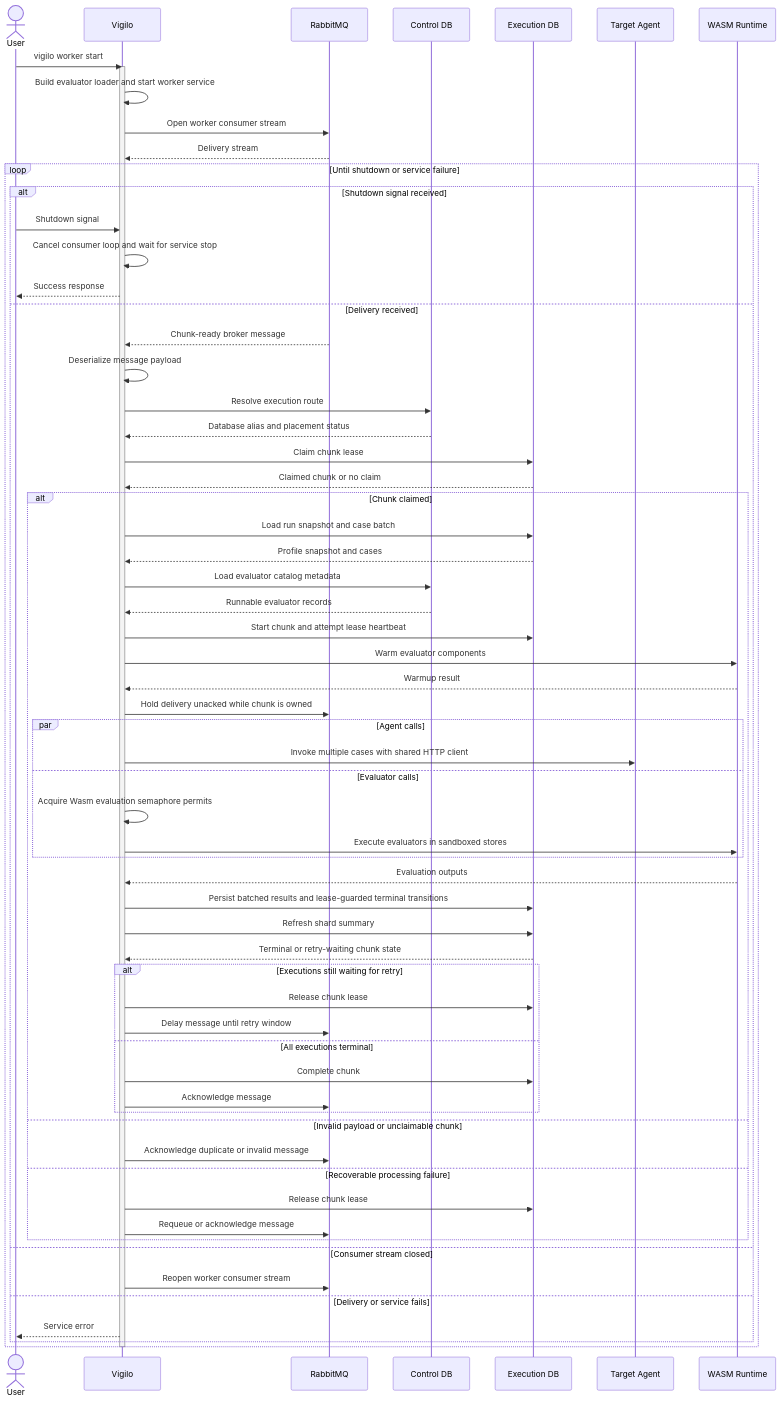
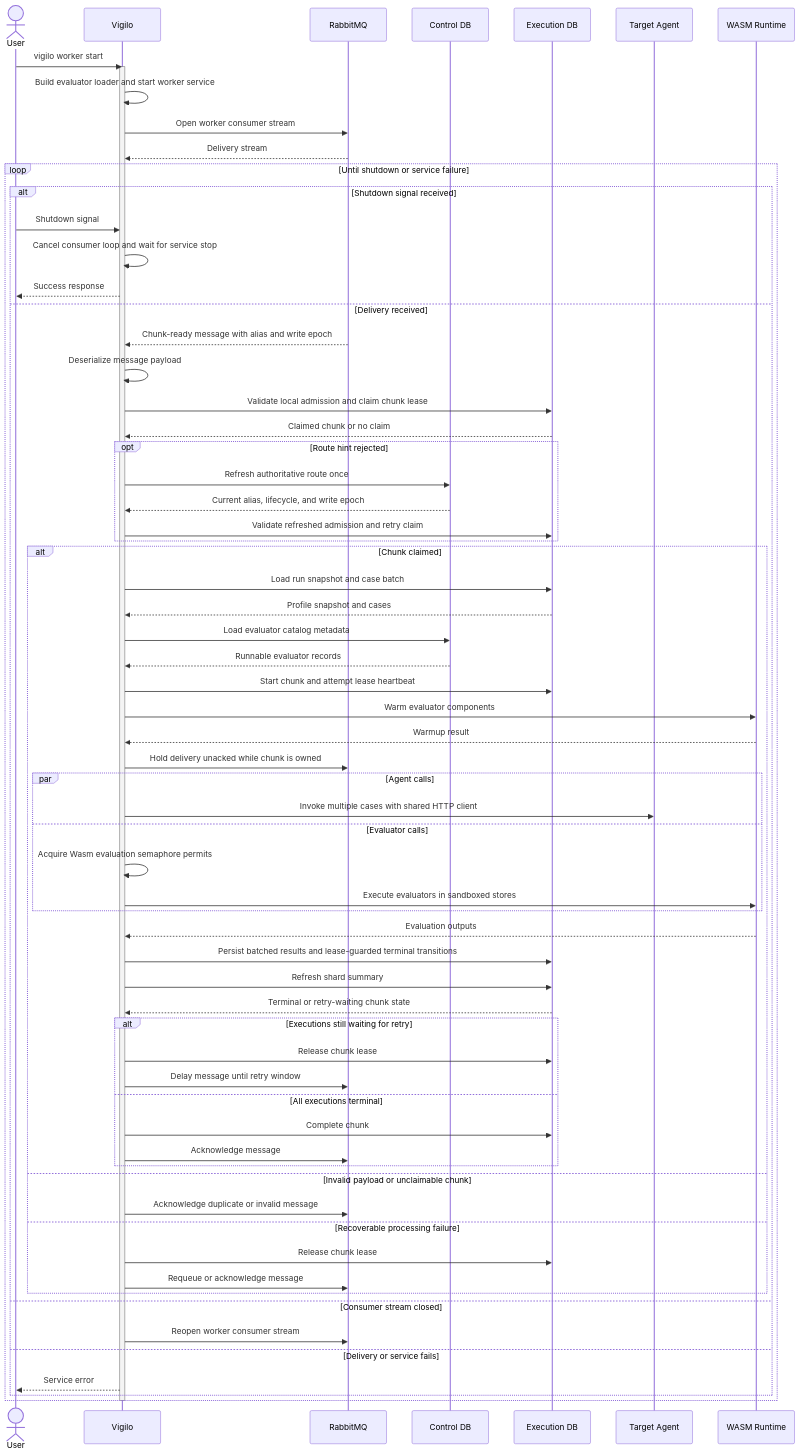
Before and after one commit to gregl83/agent-vigilo: the diagram in web/docs/architecture/flows/worker/start/execution-flow.mmd, drawn with Mermaid. The commit also changed 31 other files, not shown here.

```diff
--- a/web/docs/architecture/flows/worker/start/execution-flow.mmd
+++ b/web/docs/architecture/flows/worker/start/execution-flow.mmd
@@ -1,75 +1,79 @@
 ---
 config:
   flowchart:
     nodeSpacing: 150
     rankSpacing: 80
   themeVariables:
     edgeLabelBackground: 'transparent'
 ---
 sequenceDiagram
     actor User
     participant Vigilo
     participant Queue as RabbitMQ
     participant ControlDB as Control DB
     participant ExecutionDB as Execution DB
     participant Agent as Target Agent
     participant WASM as WASM Runtime
 
     User->>Vigilo: vigilo worker start
     activate Vigilo
     Vigilo->>Vigilo: Build evaluator loader and start worker service
     Vigilo->>Queue: Open worker consumer stream
     Queue-->>Vigilo: Delivery stream
 
     loop Until shutdown or service failure
         alt Shutdown signal received
             User->>Vigilo: Shutdown signal
             Vigilo->>Vigilo: Cancel consumer loop and wait for service stop
             Vigilo-->>User: Success response
         else Delivery received
-            Queue-->>Vigilo: Chunk-ready broker message
+            Queue-->>Vigilo: Chunk-ready message with alias and write epoch
             Vigilo->>Vigilo: Deserialize message payload
-            Vigilo->>ControlDB: Resolve execution route
-            ControlDB-->>Vigilo: Database alias and placement status
-            Vigilo->>ExecutionDB: Claim chunk lease
+            Vigilo->>ExecutionDB: Validate local admission and claim chunk lease
             ExecutionDB-->>Vigilo: Claimed chunk or no claim
+
+            opt Route hint rejected
+                Vigilo->>ControlDB: Refresh authoritative route once
+                ControlDB-->>Vigilo: Current alias, lifecycle, and write epoch
+                Vigilo->>ExecutionDB: Validate refreshed admission and retry claim
+            end
 
             alt Chunk claimed
                 Vigilo->>ExecutionDB: Load run snapshot and case batch
                 ExecutionDB-->>Vigilo: Profile snapshot and cases
                 Vigilo->>ControlDB: Load evaluator catalog metadata
                 ControlDB-->>Vigilo: Runnable evaluator records
                 Vigilo->>ExecutionDB: Start chunk and attempt lease heartbeat
                 Vigilo->>WASM: Warm evaluator components
                 WASM-->>Vigilo: Warmup result
                 Vigilo->>Queue: Hold delivery unacked while chunk is owned
                 par Agent calls
                     Vigilo->>Agent: Invoke multiple cases with shared HTTP client
                 and Evaluator calls
                     Vigilo->>Vigilo: Acquire Wasm evaluation semaphore permits
                     Vigilo->>WASM: Execute evaluators in sandboxed stores
                 end
                 WASM-->>Vigilo: Evaluation outputs
                 Vigilo->>ExecutionDB: Persist batched results and lease-guarded terminal transitions
                 Vigilo->>ExecutionDB: Refresh shard summary
                 ExecutionDB-->>Vigilo: Terminal or retry-waiting chunk state
                 alt Executions still waiting for retry
                     Vigilo->>ExecutionDB: Release chunk lease
                     Vigilo->>Queue: Delay message until retry window
                 else All executions terminal
                     Vigilo->>ExecutionDB: Complete chunk
                     Vigilo->>Queue: Acknowledge message
                 end
             else Invalid payload or unclaimable chunk
                 Vigilo->>Queue: Acknowledge duplicate or invalid message
             else Recoverable processing failure
                 Vigilo->>ExecutionDB: Release chunk lease
                 Vigilo->>Queue: Requeue or acknowledge message
             end
         else Consumer stream closed
             Vigilo->>Queue: Reopen worker consumer stream
         else Delivery or service fails
             Vigilo-->>User: Service error
         end
     end
     deactivate Vigilo
```
